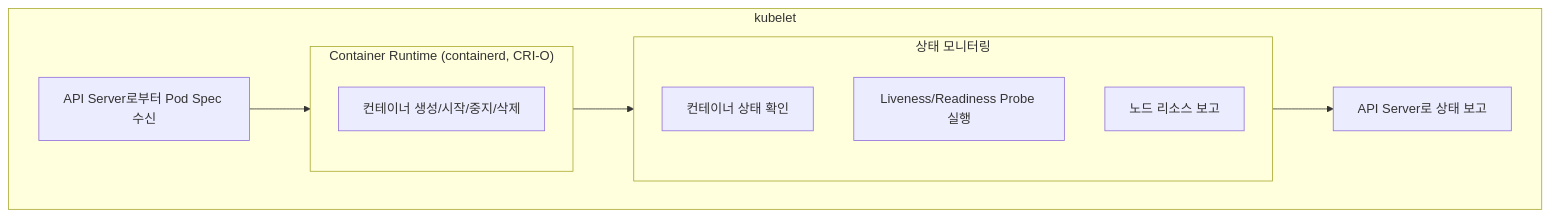
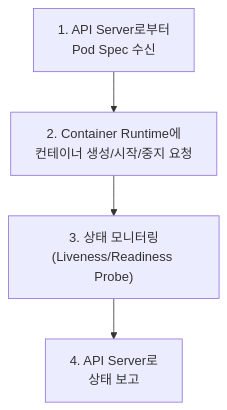
One commit to K-Diger/k-diger.github.io changed the ninth of 16 diagrams in _posts/2025-12-23-kubernetes-02-architecture.md. Above: the diagram before and after it, drawn with Mermaid. The commit also changed other lines of this file and 13 other files, not shown here.

````diff
--- a/_posts/2025-12-23-kubernetes-02-architecture.md
+++ b/_posts/2025-12-23-kubernetes-02-architecture.md
@@ -310,16 +297,9 @@
 ```mermaid
 flowchart TB
-    subgraph Kubelet["kubelet"]
-        Recv["API Server로부터 Pod Spec 수신"]
-        subgraph CR["Container Runtime (containerd, CRI-O)"]
-            Actions["컨테이너 생성/시작/중지/삭제"]
-        end
-        subgraph Monitor["상태 모니터링"]
-            M1["컨테이너 상태 확인"]
-            M2["Liveness/Readiness Probe 실행"]
-            M3["노드 리소스 보고"]
-        end
-        Report["API Server로 상태 보고"]
-    end
-    Recv --> CR --> Monitor --> Report
+    Recv["1. API Server로부터<br/>Pod Spec 수신"]
+    Runtime["2. Container Runtime에<br/>컨테이너 생성/시작/중지 요청"]
+    Monitor["3. 상태 모니터링<br/>(Liveness/Readiness Probe)"]
+    Report["4. API Server로<br/>상태 보고"]
+
+    Recv --> Runtime --> Monitor --> Report
 ```
````
